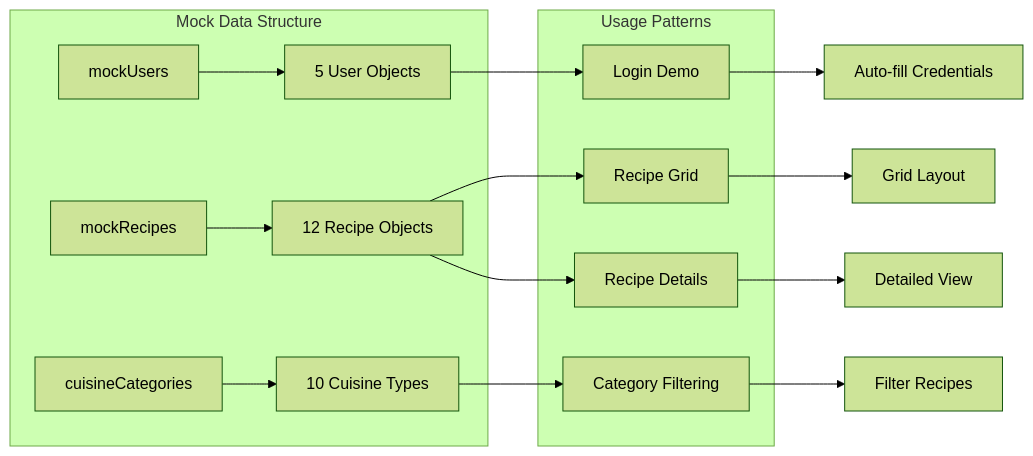
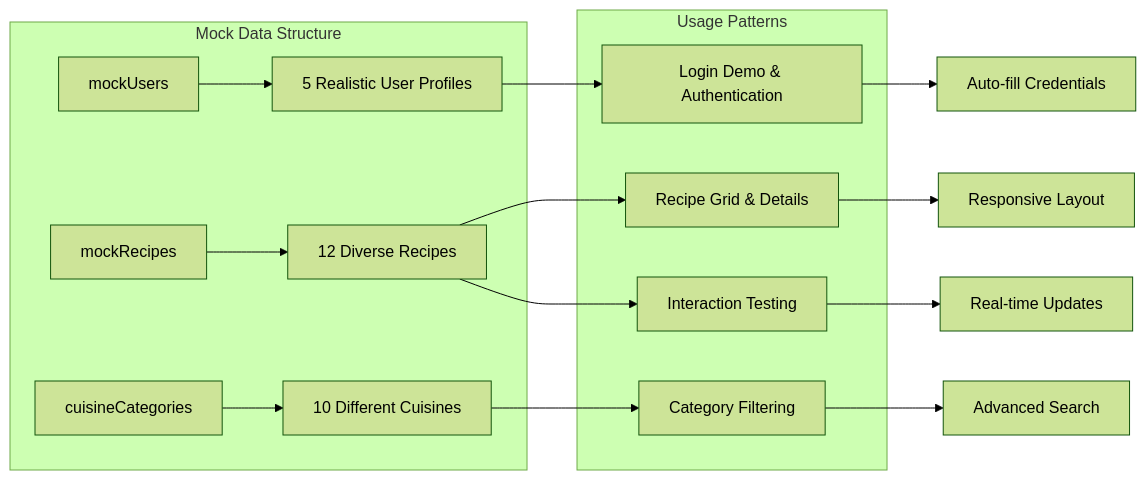
Before and after one commit to aayeshasiddiqah2611-pixel/flavora_ai_server: the ninth of 10 diagrams in .qoder/repowiki/en/content/Core Features/React Client Application/Frontend API Service.md, drawn with Mermaid (forest theme). The commit also changed other lines of this file and 7 other files, not shown here.

Commit message:
Add 51+ recipes across multiple cuisines and update Render URLs

````diff
--- a/.qoder/repowiki/en/content/Core Features/React Client Application/Frontend API Service.md
+++ b/.qoder/repowiki/en/content/Core Features/React Client Application/Frontend API Service.md
@@ -381,18 +406,18 @@
 ```mermaid
 graph LR
 subgraph "Mock Data Structure"
-A[mockUsers] --> B[5 User Objects]
-C[mockRecipes] --> D[12 Recipe Objects]
-E[cuisineCategories] --> F[10 Cuisine Types]
+A[mockUsers] --> B[5 Realistic User Profiles]
+C[mockRecipes] --> D[12 Diverse Recipes]
+E[cuisineCategories] --> F[10 Different Cuisines]
 end
 subgraph "Usage Patterns"
-B --> G[Login Demo]
-D --> H[Recipe Grid]
-D --> I[Recipe Details]
+B --> G[Login Demo & Authentication]
+D --> H[Recipe Grid & Details]
+D --> I[Interaction Testing]
 F --> J[Category Filtering]
 end
 G --> K[Auto-fill Credentials]
-H --> L[Grid Layout]
-I --> M[Detailed View]
-J --> N[Filter Recipes]
+H --> L[Responsive Layout]
+I --> M[Real-time Updates]
+J --> N[Advanced Search]
 ```
````
